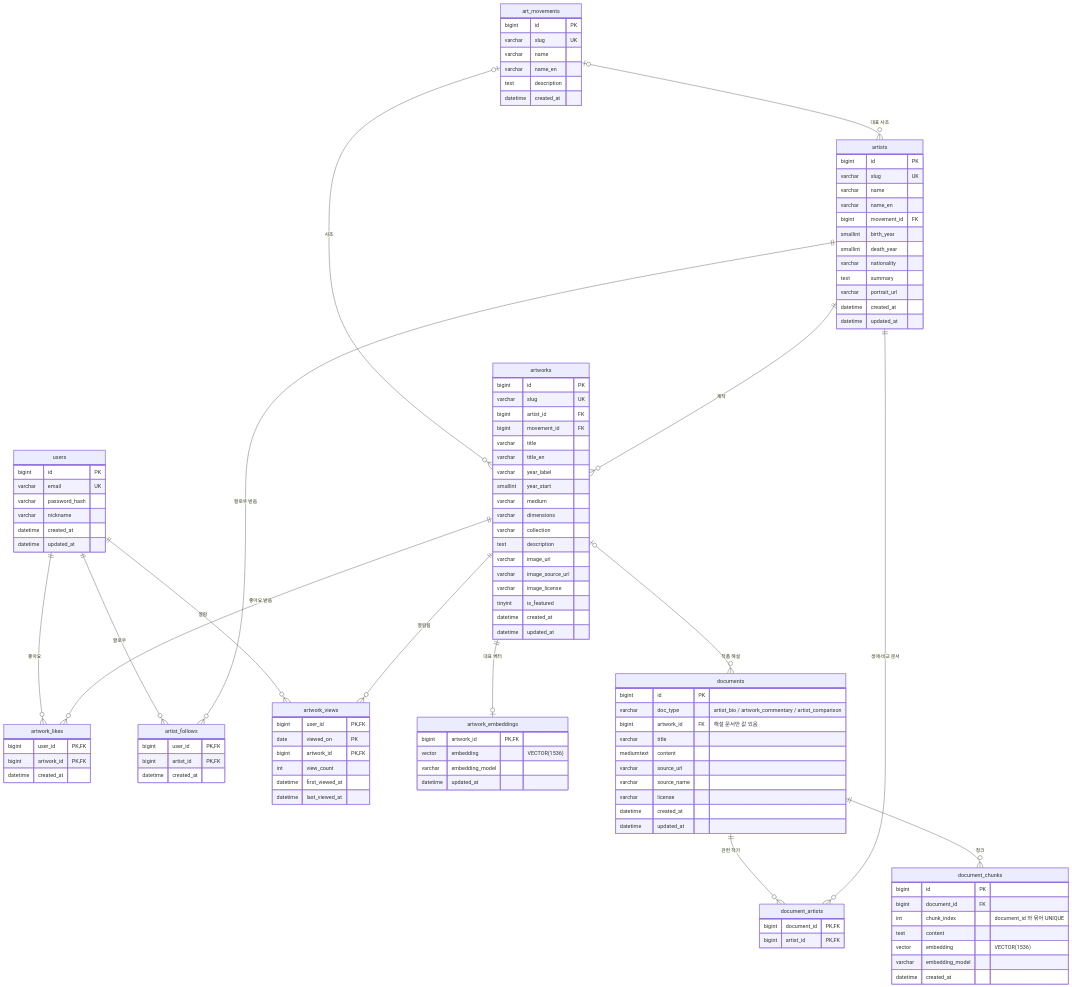
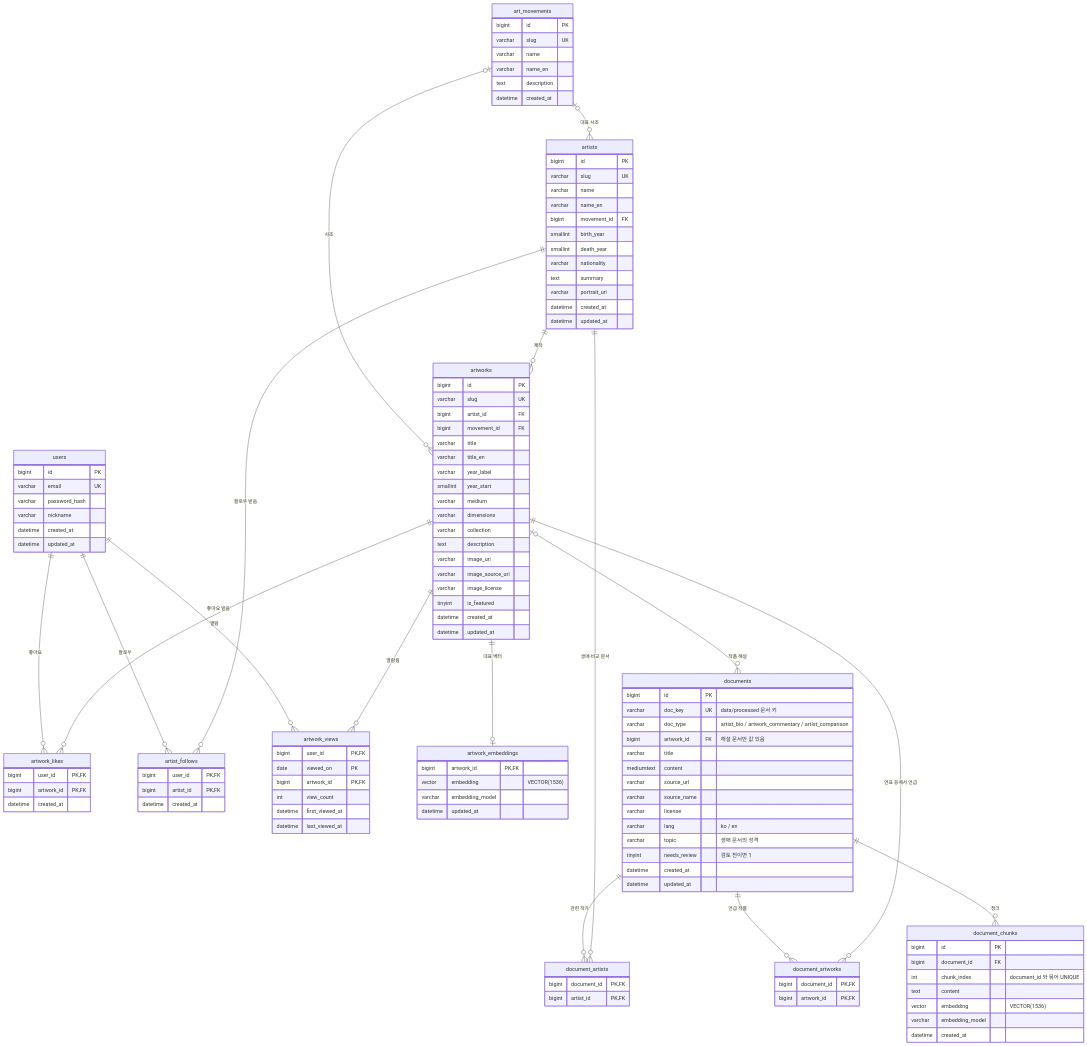
One commit to SKNETWORKS-FAMILY-AICAMP/SKN35-3rd-1Team changed the diagram in docs/db/00_erd.mmd. Above: the diagram before and after it, drawn with Mermaid. The commit also changed 92 other files, not shown here.

```diff
--- a/docs/db/00_erd.mmd
+++ b/docs/db/00_erd.mmd
@@ -1,115 +1,125 @@
 erDiagram
     users ||--o{ artwork_likes : "좋아요"
     artworks ||--o{ artwork_likes : "좋아요 받음"
     users ||--o{ artist_follows : "팔로우"
     artists ||--o{ artist_follows : "팔로우 받음"
     users ||--o{ artwork_views : "열람"
     artworks ||--o{ artwork_views : "열람됨"
     art_movements |o--o{ artists : "대표 사조"
     art_movements |o--o{ artworks : "사조"
     artists ||--o{ artworks : "제작"
     artworks ||--o| artwork_embeddings : "대표 벡터"
     artworks |o--o{ documents : "작품 해설"
     documents ||--o{ document_artists : "관련 작가"
     artists ||--o{ document_artists : "생애·비교 문서"
+    documents ||--o{ document_artworks : "언급 작품"
+    artworks ||--o{ document_artworks : "연표 등에서 언급"
     documents ||--o{ document_chunks : "청크"
 
     users {
         bigint id PK
         varchar email UK
         varchar password_hash
         varchar nickname
         datetime created_at
         datetime updated_at
     }
     art_movements {
         bigint id PK
         varchar slug UK
         varchar name
         varchar name_en
         text description
         datetime created_at
     }
     artists {
         bigint id PK
         varchar slug UK
         varchar name
         varchar name_en
         bigint movement_id FK
         smallint birth_year
         smallint death_year
         varchar nationality
         text summary
         varchar portrait_url
         datetime created_at
         datetime updated_at
     }
     artworks {
         bigint id PK
         varchar slug UK
         bigint artist_id FK
         bigint movement_id FK
         varchar title
         varchar title_en
         varchar year_label
         smallint year_start
         varchar medium
         varchar dimensions
         varchar collection
         text description
         varchar image_url
         varchar image_source_url
         varchar image_license
         tinyint is_featured
         datetime created_at
         datetime updated_at
     }
     artwork_embeddings {
         bigint artwork_id PK, FK
         vector embedding "VECTOR(1536)"
         varchar embedding_model
         datetime updated_at
     }
     documents {
         bigint id PK
+        varchar doc_key UK "data/processed 문서 키"
         varchar doc_type "artist_bio / artwork_commentary / artist_comparison"
         bigint artwork_id FK "해설 문서만 값 있음"
         varchar title
         mediumtext content
         varchar source_url
         varchar source_name
         varchar license
+        varchar lang "ko / en"
+        varchar topic "생애 문서의 성격"
+        tinyint needs_review "검토 전이면 1"
         datetime created_at
         datetime updated_at
     }
     document_artists {
         bigint document_id PK, FK
         bigint artist_id PK, FK
+    }
+    document_artworks {
+        bigint document_id PK, FK
+        bigint artwork_id PK, FK
     }
     document_chunks {
         bigint id PK
         bigint document_id FK
         int chunk_index "document_id 와 묶어 UNIQUE"
         text content
         vector embedding "VECTOR(1536)"
         varchar embedding_model
         datetime created_at
     }
     artwork_likes {
         bigint user_id PK, FK
         bigint artwork_id PK, FK
         datetime created_at
     }
     artist_follows {
         bigint user_id PK, FK
         bigint artist_id PK, FK
         datetime created_at
     }
     artwork_views {
         bigint user_id PK, FK
         date viewed_on PK
         bigint artwork_id PK, FK
         int view_count
         datetime first_viewed_at
         datetime last_viewed_at
     }
```
